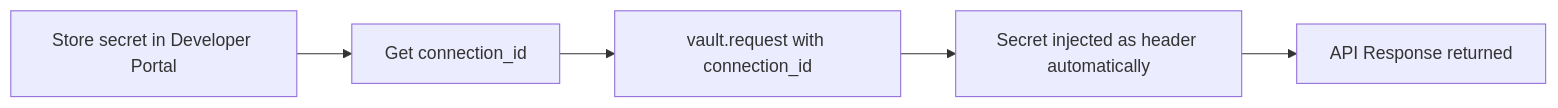
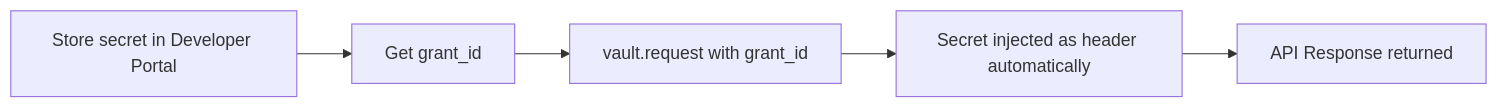
One commit to AlterAIDev/docs changed the diagram in reference/managed-secrets.mdx. Above: the diagram before and after it, drawn with Mermaid. The commit also changed other lines of this file and 122 other files, not shown here.

````diff
--- a/reference/managed-secrets.mdx
+++ b/reference/managed-secrets.mdx
@@ -16,7 +16,7 @@
 ```mermaid
 graph LR
-    A[Store secret in Developer Portal] --> B[Get connection_id]
-    B --> C[vault.request with connection_id]
+    A[Store secret in Developer Portal] --> B[Get grant_id]
+    B --> C[vault.request with grant_id]
     C --> D[Secret injected as header automatically]
     D --> E[API Response returned]
 ```
````
